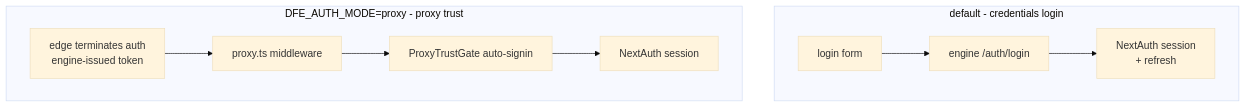
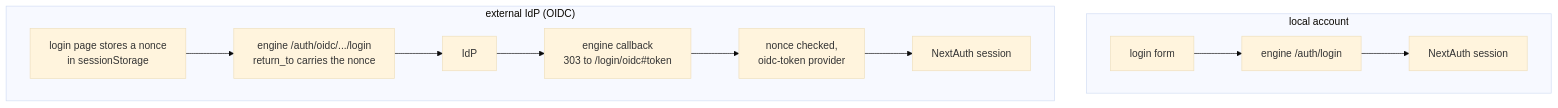
One commit to hyperi-io/dfe-ui changed the diagram in docs/authentication.md. Above: the diagram before and after it, drawn with Mermaid (base theme). The commit also changed other lines of this file and 54 other files, not shown here.

````diff
--- a/docs/authentication.md
+++ b/docs/authentication.md
@@ -9,9 +7,9 @@
 ```mermaid
 flowchart TB
-    subgraph creds["default - credentials login"]
-        L1[login form] --> E1[engine /auth/login] --> S1[NextAuth session<br/>+ refresh]
+    subgraph creds["local account"]
+        L1[login form] --> E1[engine /auth/login] --> S1[NextAuth session]
     end
-    subgraph proxy["DFE_AUTH_MODE=proxy - proxy trust"]
-        P1[edge terminates auth<br/>engine-issued token] --> P2[proxy.ts middleware] --> P3[ProxyTrustGate auto-signin] --> S2[NextAuth session]
+    subgraph oidc["external IdP (OIDC)"]
+        O1[login page stores a nonce<br/>in sessionStorage] --> O2[engine /auth/oidc/.../login<br/>return_to carries the nonce] --> O3[IdP] --> O4[engine callback<br/>303 to /login/oidc#token] --> O5[nonce checked,<br/>oidc-token provider] --> S2[NextAuth session]
     end
 ```
````
